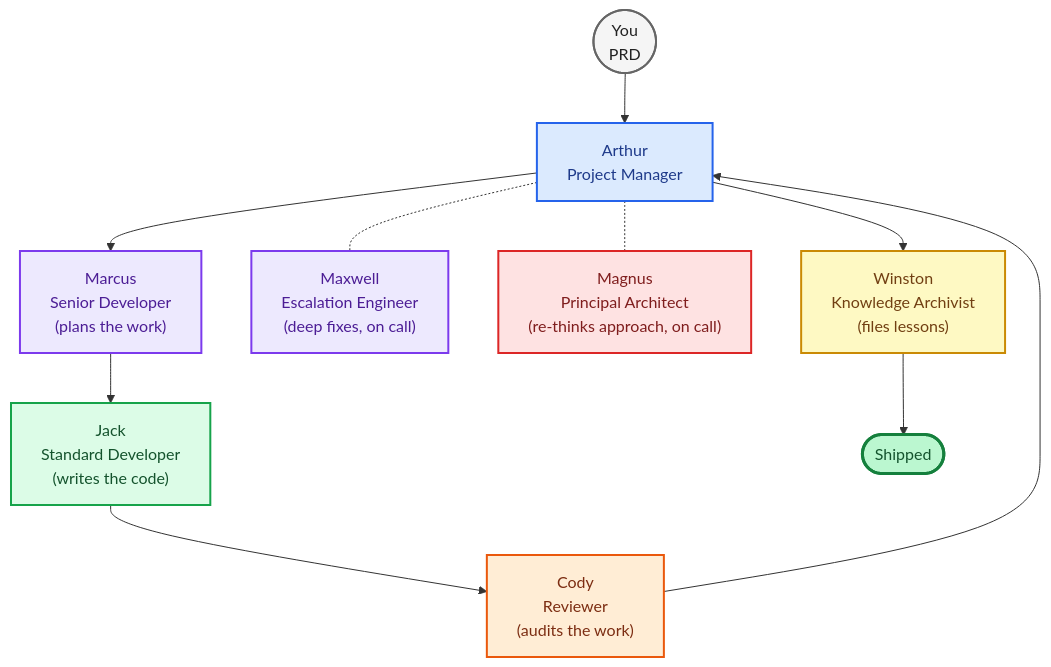
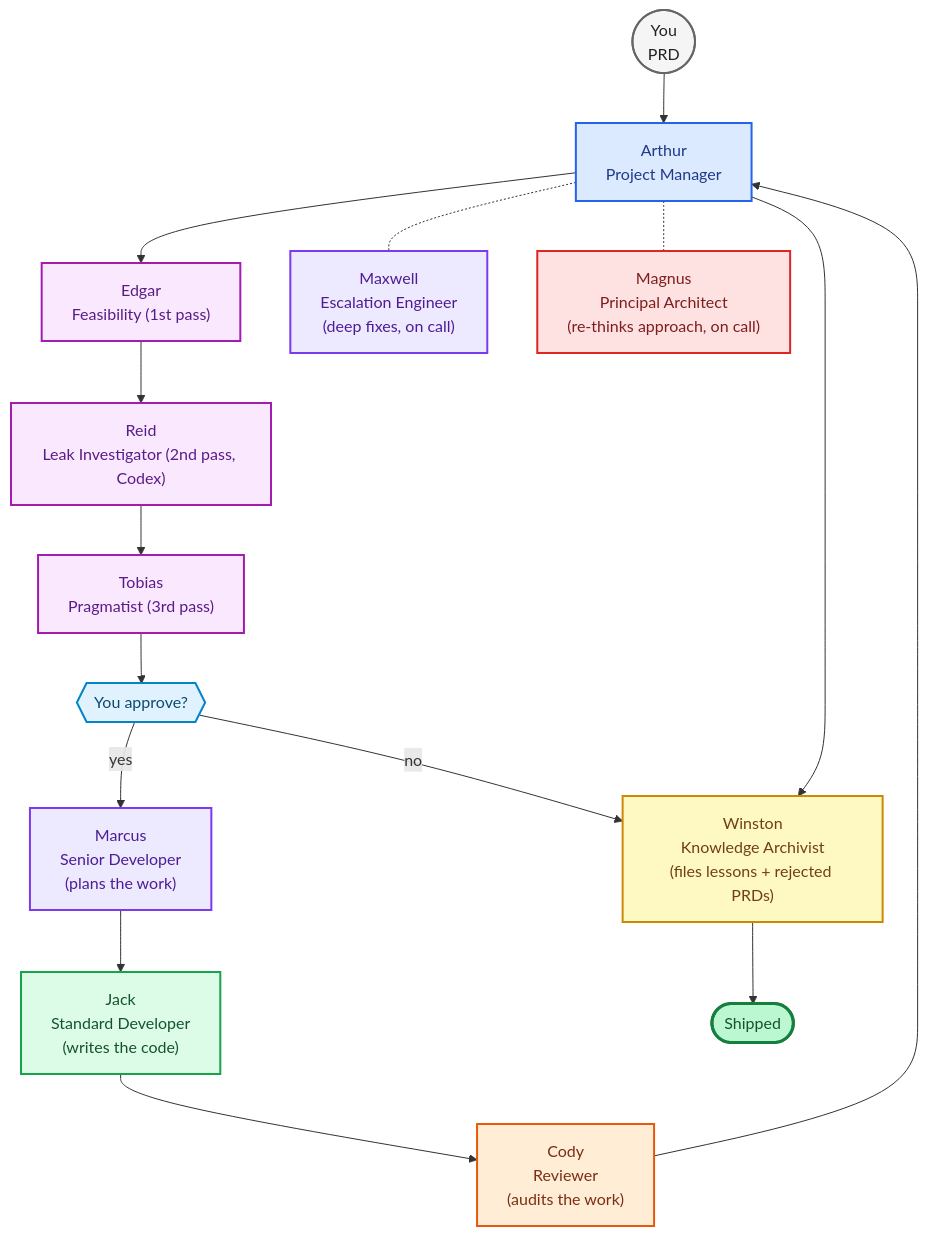
The diagram in README.md (5percentdrops/pantheon-mini), drawn with Mermaid before and after one commit. The commit also changed other lines of this file and 13 other files, not shown here.

First line of the commit message:
feat(v8.14): 3-pass PRD feasibility intake — Edgar + Reid + Tobias

````diff
--- a/README.md
+++ b/README.md
@@ -74,42 +75,55 @@
 ```mermaid
 flowchart TD
     You(["You<br/>PRD"])
     Arthur["Arthur<br/>Project Manager"]
+    Edgar["Edgar<br/>Feasibility (1st pass)"]
+    Reid["Reid<br/>Leak Investigator (2nd pass, Codex)"]
+    Tobias["Tobias<br/>Pragmatist (3rd pass)"]
+    Approve{{"You approve?"}}
     Marcus["Marcus<br/>Senior Developer<br/>(plans the work)"]
     Jack["Jack<br/>Standard Developer<br/>(writes the code)"]
     Cody["Cody<br/>Reviewer<br/>(audits the work)"]
     Maxwell["Maxwell<br/>Escalation Engineer<br/>(deep fixes, on call)"]
     Magnus["Magnus<br/>Principal Architect<br/>(re-thinks approach, on call)"]
-    Winston["Winston<br/>Knowledge Archivist<br/>(files lessons)"]
+    Winston["Winston<br/>Knowledge Archivist<br/>(files lessons + rejected PRDs)"]
     Shipped(["Shipped"])
 
     You --> Arthur
-    Arthur --> Marcus
+    Arthur --> Edgar
+    Edgar --> Reid
+    Reid --> Tobias
+    Tobias --> Approve
+    Approve -- yes --> Marcus
+    Approve -- no --> Winston
     Marcus --> Jack
     Jack --> Cody
     Cody --> Arthur
     Arthur --> Winston
     Winston --> Shipped
 
     Arthur -.- Maxwell
     Arthur -.- Magnus
 
-    classDef io       fill:#f5f5f5,stroke:#666,stroke-width:2px,color:#222
-    classDef pm       fill:#dbeafe,stroke:#2563eb,stroke-width:2px,color:#1e3a8a
-    classDef senior   fill:#ede9fe,stroke:#7c3aed,stroke-width:2px,color:#4c1d95
-    classDef dev      fill:#dcfce7,stroke:#16a34a,stroke-width:2px,color:#14532d
-    classDef review   fill:#ffedd5,stroke:#ea580c,stroke-width:2px,color:#7c2d12
-    classDef arch     fill:#fee2e2,stroke:#dc2626,stroke-width:2px,color:#7f1d1d
-    classDef archive  fill:#fef9c3,stroke:#ca8a04,stroke-width:2px,color:#713f12
-    classDef done     fill:#bbf7d0,stroke:#15803d,stroke-width:3px,color:#14532d
+    classDef io        fill:#f5f5f5,stroke:#666,stroke-width:2px,color:#222
+    classDef pm        fill:#dbeafe,stroke:#2563eb,stroke-width:2px,color:#1e3a8a
+    classDef senior    fill:#ede9fe,stroke:#7c3aed,stroke-width:2px,color:#4c1d95
+    classDef dev       fill:#dcfce7,stroke:#16a34a,stroke-width:2px,color:#14532d
+    classDef review    fill:#ffedd5,stroke:#ea580c,stroke-width:2px,color:#7c2d12
+    classDef arch      fill:#fee2e2,stroke:#dc2626,stroke-width:2px,color:#7f1d1d
+    classDef archive   fill:#fef9c3,stroke:#ca8a04,stroke-width:2px,color:#713f12
+    classDef feasib    fill:#fae8ff,stroke:#a21caf,stroke-width:2px,color:#581c87
+    classDef gate      fill:#e0f2fe,stroke:#0284c7,stroke-width:2px,color:#0c4a6e
+    classDef done      fill:#bbf7d0,stroke:#15803d,stroke-width:3px,color:#14532d
 
     class You io
     class Arthur pm
+    class Edgar,Reid,Tobias feasib
+    class Approve gate
     class Marcus senior
     class Jack dev
     class Cody review
     class Maxwell senior
     class Magnus arch
     class Winston archive
     class Shipped done
 ```
````
